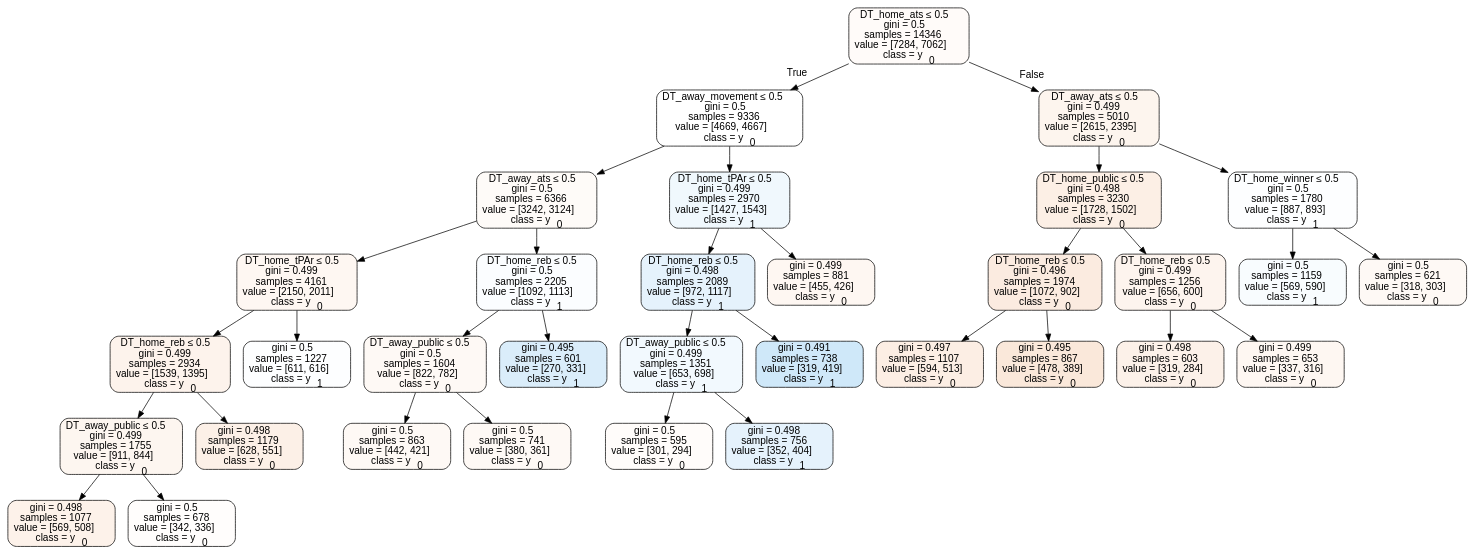
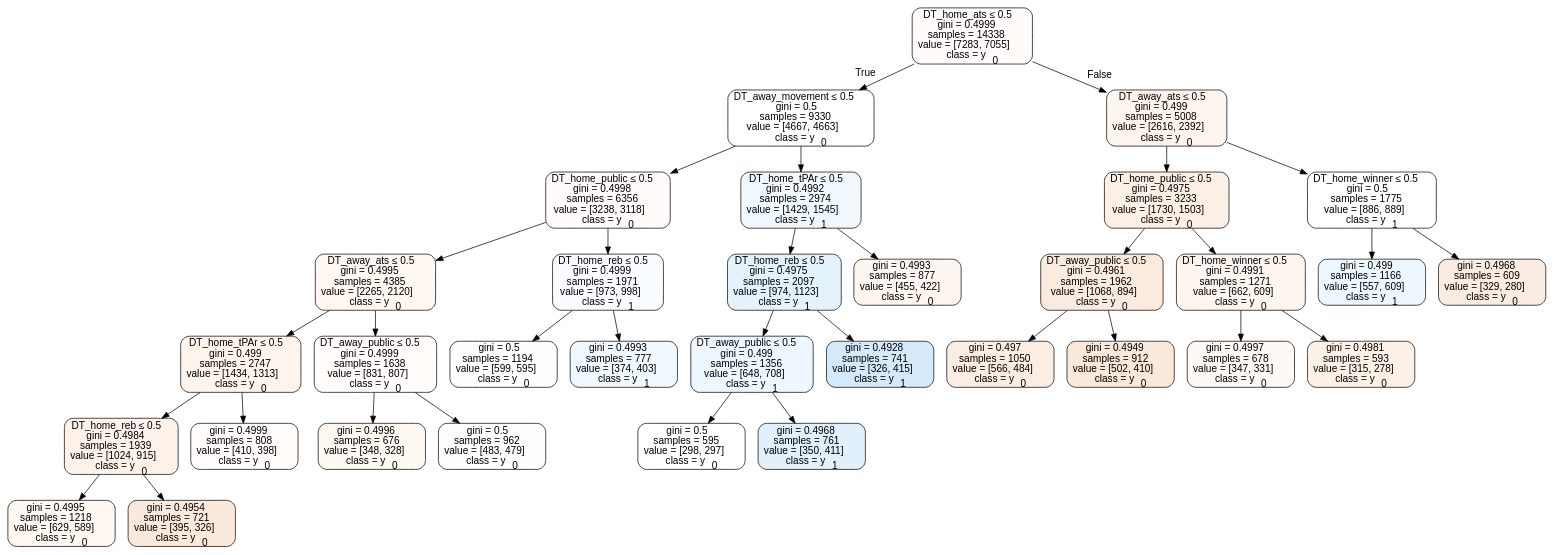
The diagram in Basketball/data/trees/tree2017home.dot (usbogie/ncaa-bets), drawn with Graphviz before and after one commit. The commit also changed 47 other files, not shown here.

```diff
--- a/Basketball/data/trees/tree2017home.dot
+++ b/Basketball/data/trees/tree2017home.dot
@@ -1,69 +1,69 @@
 digraph Tree {
 node [shape=box, style="filled, rounded", color="black", fontname=helvetica] ;
 edge [fontname=helvetica] ;
-0 [label=<DT_home_ats &le; 0.5<br/>gini = 0.5<br/>samples = 14346<br/>value = [7284, 7062]<br/>class = y<SUB>0</SUB>>, fillcolor="#e5813908"] ;
-1 [label=<DT_away_movement &le; 0.5<br/>gini = 0.5<br/>samples = 9336<br/>value = [4669, 4667]<br/>class = y<SUB>0</SUB>>, fillcolor="#e5813900"] ;
+0 [label=<DT_home_ats &le; 0.5<br/>gini = 0.4999<br/>samples = 14338<br/>value = [7283, 7055]<br/>class = y<SUB>0</SUB>>, fillcolor="#e5813908"] ;
+1 [label=<DT_away_movement &le; 0.5<br/>gini = 0.5<br/>samples = 9330<br/>value = [4667, 4663]<br/>class = y<SUB>0</SUB>>, fillcolor="#e5813900"] ;
 0 -> 1 [labeldistance=2.5, labelangle=45, headlabel="True"] ;
-2 [label=<DT_away_ats &le; 0.5<br/>gini = 0.5<br/>samples = 6366<br/>value = [3242, 3124]<br/>class = y<SUB>0</SUB>>, fillcolor="#e5813909"] ;
+2 [label=<DT_home_public &le; 0.5<br/>gini = 0.4998<br/>samples = 6356<br/>value = [3238, 3118]<br/>class = y<SUB>0</SUB>>, fillcolor="#e5813909"] ;
 1 -> 2 ;
-3 [label=<DT_home_tPAr &le; 0.5<br/>gini = 0.499<br/>samples = 4161<br/>value = [2150, 2011]<br/>class = y<SUB>0</SUB>>, fillcolor="#e5813910"] ;
+3 [label=<DT_away_ats &le; 0.5<br/>gini = 0.4995<br/>samples = 4385<br/>value = [2265, 2120]<br/>class = y<SUB>0</SUB>>, fillcolor="#e5813910"] ;
 2 -> 3 ;
-4 [label=<DT_home_reb &le; 0.5<br/>gini = 0.499<br/>samples = 2934<br/>value = [1539, 1395]<br/>class = y<SUB>0</SUB>>, fillcolor="#e5813918"] ;
+4 [label=<DT_home_tPAr &le; 0.5<br/>gini = 0.499<br/>samples = 2747<br/>value = [1434, 1313]<br/>class = y<SUB>0</SUB>>, fillcolor="#e5813916"] ;
 3 -> 4 ;
-5 [label=<DT_away_public &le; 0.5<br/>gini = 0.499<br/>samples = 1755<br/>value = [911, 844]<br/>class = y<SUB>0</SUB>>, fillcolor="#e5813913"] ;
+5 [label=<DT_home_reb &le; 0.5<br/>gini = 0.4984<br/>samples = 1939<br/>value = [1024, 915]<br/>class = y<SUB>0</SUB>>, fillcolor="#e581391b"] ;
 4 -> 5 ;
-6 [label=<gini = 0.498<br/>samples = 1077<br/>value = [569, 508]<br/>class = y<SUB>0</SUB>>, fillcolor="#e581391b"] ;
+6 [label=<gini = 0.4995<br/>samples = 1218<br/>value = [629, 589]<br/>class = y<SUB>0</SUB>>, fillcolor="#e5813910"] ;
 5 -> 6 ;
-7 [label=<gini = 0.5<br/>samples = 678<br/>value = [342, 336]<br/>class = y<SUB>0</SUB>>, fillcolor="#e5813904"] ;
+7 [label=<gini = 0.4954<br/>samples = 721<br/>value = [395, 326]<br/>class = y<SUB>0</SUB>>, fillcolor="#e581392d"] ;
 5 -> 7 ;
-8 [label=<gini = 0.498<br/>samples = 1179<br/>value = [628, 551]<br/>class = y<SUB>0</SUB>>, fillcolor="#e581391f"] ;
+8 [label=<gini = 0.4999<br/>samples = 808<br/>value = [410, 398]<br/>class = y<SUB>0</SUB>>, fillcolor="#e5813907"] ;
 4 -> 8 ;
-9 [label=<gini = 0.5<br/>samples = 1227<br/>value = [611, 616]<br/>class = y<SUB>1</SUB>>, fillcolor="#399de502"] ;
+9 [label=<DT_away_public &le; 0.5<br/>gini = 0.4999<br/>samples = 1638<br/>value = [831, 807]<br/>class = y<SUB>0</SUB>>, fillcolor="#e5813907"] ;
 3 -> 9 ;
-10 [label=<DT_home_reb &le; 0.5<br/>gini = 0.5<br/>samples = 2205<br/>value = [1092, 1113]<br/>class = y<SUB>1</SUB>>, fillcolor="#399de505"] ;
-2 -> 10 ;
-11 [label=<DT_away_public &le; 0.5<br/>gini = 0.5<br/>samples = 1604<br/>value = [822, 782]<br/>class = y<SUB>0</SUB>>, fillcolor="#e581390c"] ;
-10 -> 11 ;
-12 [label=<gini = 0.5<br/>samples = 863<br/>value = [442, 421]<br/>class = y<SUB>0</SUB>>, fillcolor="#e581390c"] ;
-11 -> 12 ;
-13 [label=<gini = 0.5<br/>samples = 741<br/>value = [380, 361]<br/>class = y<SUB>0</SUB>>, fillcolor="#e581390d"] ;
-11 -> 13 ;
-14 [label=<gini = 0.495<br/>samples = 601<br/>value = [270, 331]<br/>class = y<SUB>1</SUB>>, fillcolor="#399de52f"] ;
-10 -> 14 ;
-15 [label=<DT_home_tPAr &le; 0.5<br/>gini = 0.499<br/>samples = 2970<br/>value = [1427, 1543]<br/>class = y<SUB>1</SUB>>, fillcolor="#399de513"] ;
+10 [label=<gini = 0.4996<br/>samples = 676<br/>value = [348, 328]<br/>class = y<SUB>0</SUB>>, fillcolor="#e581390f"] ;
+9 -> 10 ;
+11 [label=<gini = 0.5<br/>samples = 962<br/>value = [483, 479]<br/>class = y<SUB>0</SUB>>, fillcolor="#e5813902"] ;
+9 -> 11 ;
+12 [label=<DT_home_reb &le; 0.5<br/>gini = 0.4999<br/>samples = 1971<br/>value = [973, 998]<br/>class = y<SUB>1</SUB>>, fillcolor="#399de506"] ;
+2 -> 12 ;
+13 [label=<gini = 0.5<br/>samples = 1194<br/>value = [599, 595]<br/>class = y<SUB>0</SUB>>, fillcolor="#e5813902"] ;
+12 -> 13 ;
+14 [label=<gini = 0.4993<br/>samples = 777<br/>value = [374, 403]<br/>class = y<SUB>1</SUB>>, fillcolor="#399de512"] ;
+12 -> 14 ;
+15 [label=<DT_home_tPAr &le; 0.5<br/>gini = 0.4992<br/>samples = 2974<br/>value = [1429, 1545]<br/>class = y<SUB>1</SUB>>, fillcolor="#399de513"] ;
 1 -> 15 ;
-16 [label=<DT_home_reb &le; 0.5<br/>gini = 0.498<br/>samples = 2089<br/>value = [972, 1117]<br/>class = y<SUB>1</SUB>>, fillcolor="#399de521"] ;
+16 [label=<DT_home_reb &le; 0.5<br/>gini = 0.4975<br/>samples = 2097<br/>value = [974, 1123]<br/>class = y<SUB>1</SUB>>, fillcolor="#399de522"] ;
 15 -> 16 ;
-17 [label=<DT_away_public &le; 0.5<br/>gini = 0.499<br/>samples = 1351<br/>value = [653, 698]<br/>class = y<SUB>1</SUB>>, fillcolor="#399de510"] ;
+17 [label=<DT_away_public &le; 0.5<br/>gini = 0.499<br/>samples = 1356<br/>value = [648, 708]<br/>class = y<SUB>1</SUB>>, fillcolor="#399de516"] ;
 16 -> 17 ;
-18 [label=<gini = 0.5<br/>samples = 595<br/>value = [301, 294]<br/>class = y<SUB>0</SUB>>, fillcolor="#e5813906"] ;
+18 [label=<gini = 0.5<br/>samples = 595<br/>value = [298, 297]<br/>class = y<SUB>0</SUB>>, fillcolor="#e5813901"] ;
 17 -> 18 ;
-19 [label=<gini = 0.498<br/>samples = 756<br/>value = [352, 404]<br/>class = y<SUB>1</SUB>>, fillcolor="#399de521"] ;
+19 [label=<gini = 0.4968<br/>samples = 761<br/>value = [350, 411]<br/>class = y<SUB>1</SUB>>, fillcolor="#399de526"] ;
 17 -> 19 ;
-20 [label=<gini = 0.491<br/>samples = 738<br/>value = [319, 419]<br/>class = y<SUB>1</SUB>>, fillcolor="#399de53d"] ;
+20 [label=<gini = 0.4928<br/>samples = 741<br/>value = [326, 415]<br/>class = y<SUB>1</SUB>>, fillcolor="#399de537"] ;
 16 -> 20 ;
-21 [label=<gini = 0.499<br/>samples = 881<br/>value = [455, 426]<br/>class = y<SUB>0</SUB>>, fillcolor="#e5813910"] ;
+21 [label=<gini = 0.4993<br/>samples = 877<br/>value = [455, 422]<br/>class = y<SUB>0</SUB>>, fillcolor="#e5813912"] ;
 15 -> 21 ;
-22 [label=<DT_away_ats &le; 0.5<br/>gini = 0.499<br/>samples = 5010<br/>value = [2615, 2395]<br/>class = y<SUB>0</SUB>>, fillcolor="#e5813915"] ;
+22 [label=<DT_away_ats &le; 0.5<br/>gini = 0.499<br/>samples = 5008<br/>value = [2616, 2392]<br/>class = y<SUB>0</SUB>>, fillcolor="#e5813916"] ;
 0 -> 22 [labeldistance=2.5, labelangle=-45, headlabel="False"] ;
-23 [label=<DT_home_public &le; 0.5<br/>gini = 0.498<br/>samples = 3230<br/>value = [1728, 1502]<br/>class = y<SUB>0</SUB>>, fillcolor="#e5813921"] ;
+23 [label=<DT_home_public &le; 0.5<br/>gini = 0.4975<br/>samples = 3233<br/>value = [1730, 1503]<br/>class = y<SUB>0</SUB>>, fillcolor="#e5813921"] ;
 22 -> 23 ;
-24 [label=<DT_home_reb &le; 0.5<br/>gini = 0.496<br/>samples = 1974<br/>value = [1072, 902]<br/>class = y<SUB>0</SUB>>, fillcolor="#e5813928"] ;
+24 [label=<DT_away_public &le; 0.5<br/>gini = 0.4961<br/>samples = 1962<br/>value = [1068, 894]<br/>class = y<SUB>0</SUB>>, fillcolor="#e581392a"] ;
 23 -> 24 ;
-25 [label=<gini = 0.497<br/>samples = 1107<br/>value = [594, 513]<br/>class = y<SUB>0</SUB>>, fillcolor="#e5813923"] ;
+25 [label=<gini = 0.497<br/>samples = 1050<br/>value = [566, 484]<br/>class = y<SUB>0</SUB>>, fillcolor="#e5813925"] ;
 24 -> 25 ;
-26 [label=<gini = 0.495<br/>samples = 867<br/>value = [478, 389]<br/>class = y<SUB>0</SUB>>, fillcolor="#e581392f"] ;
+26 [label=<gini = 0.4949<br/>samples = 912<br/>value = [502, 410]<br/>class = y<SUB>0</SUB>>, fillcolor="#e581392f"] ;
 24 -> 26 ;
-27 [label=<DT_home_reb &le; 0.5<br/>gini = 0.499<br/>samples = 1256<br/>value = [656, 600]<br/>class = y<SUB>0</SUB>>, fillcolor="#e5813916"] ;
+27 [label=<DT_home_winner &le; 0.5<br/>gini = 0.4991<br/>samples = 1271<br/>value = [662, 609]<br/>class = y<SUB>0</SUB>>, fillcolor="#e5813914"] ;
 23 -> 27 ;
-28 [label=<gini = 0.498<br/>samples = 603<br/>value = [319, 284]<br/>class = y<SUB>0</SUB>>, fillcolor="#e581391c"] ;
+28 [label=<gini = 0.4997<br/>samples = 678<br/>value = [347, 331]<br/>class = y<SUB>0</SUB>>, fillcolor="#e581390c"] ;
 27 -> 28 ;
-29 [label=<gini = 0.499<br/>samples = 653<br/>value = [337, 316]<br/>class = y<SUB>0</SUB>>, fillcolor="#e5813910"] ;
+29 [label=<gini = 0.4981<br/>samples = 593<br/>value = [315, 278]<br/>class = y<SUB>0</SUB>>, fillcolor="#e581391e"] ;
 27 -> 29 ;
-30 [label=<DT_home_winner &le; 0.5<br/>gini = 0.5<br/>samples = 1780<br/>value = [887, 893]<br/>class = y<SUB>1</SUB>>, fillcolor="#399de502"] ;
+30 [label=<DT_home_winner &le; 0.5<br/>gini = 0.5<br/>samples = 1775<br/>value = [886, 889]<br/>class = y<SUB>1</SUB>>, fillcolor="#399de501"] ;
 22 -> 30 ;
-31 [label=<gini = 0.5<br/>samples = 1159<br/>value = [569, 590]<br/>class = y<SUB>1</SUB>>, fillcolor="#399de509"] ;
+31 [label=<gini = 0.499<br/>samples = 1166<br/>value = [557, 609]<br/>class = y<SUB>1</SUB>>, fillcolor="#399de516"] ;
 30 -> 31 ;
-32 [label=<gini = 0.5<br/>samples = 621<br/>value = [318, 303]<br/>class = y<SUB>0</SUB>>, fillcolor="#e581390c"] ;
+32 [label=<gini = 0.4968<br/>samples = 609<br/>value = [329, 280]<br/>class = y<SUB>0</SUB>>, fillcolor="#e5813926"] ;
 30 -> 32 ;
 }
```
